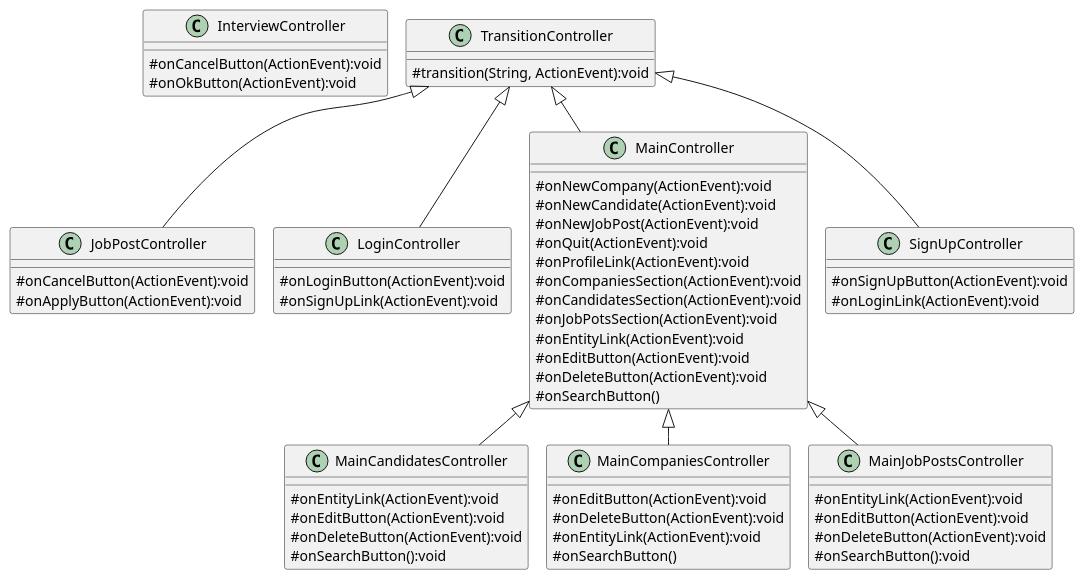
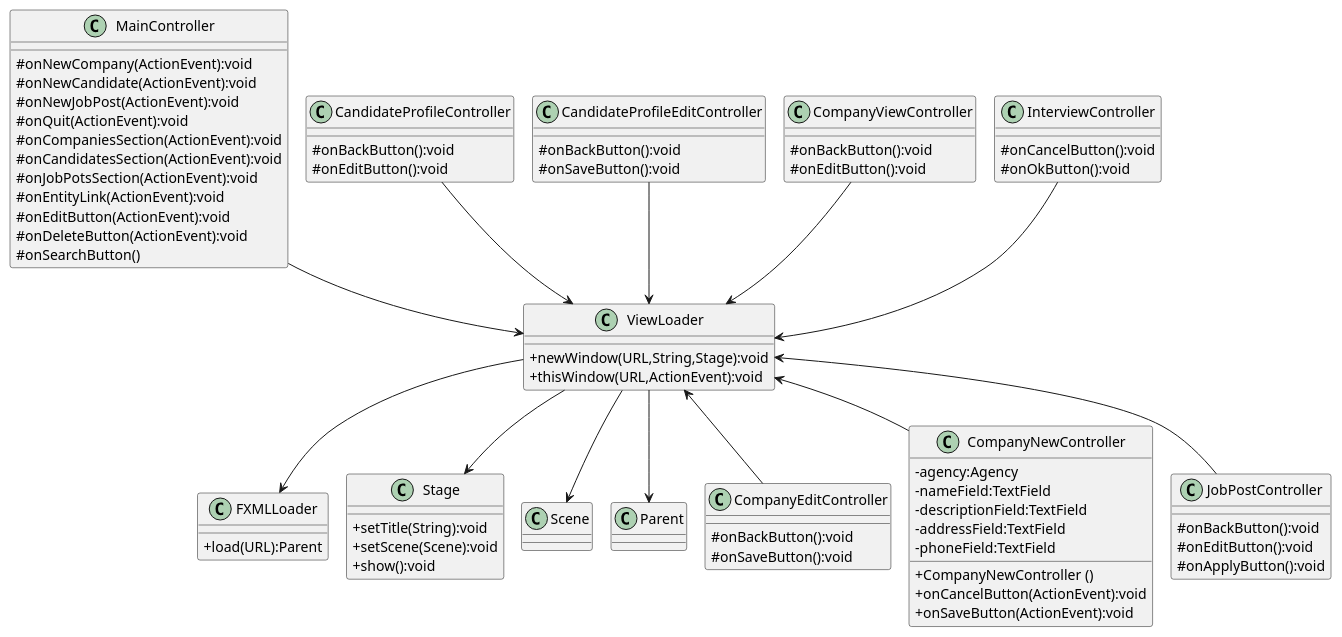
Before and after one commit to VicentGJ/glasswindow: the diagram in src/main/resources/quantity/glasswindow/UML/uml-controller.puml, drawn with PlantUML. The commit also changed 4 other files, not shown here.

```diff
--- a/src/main/resources/quantity/glasswindow/UML/uml-controller.puml
+++ b/src/main/resources/quantity/glasswindow/UML/uml-controller.puml
@@ -1,65 +1,89 @@
 @startuml
 skinparam classAttributeIconSize 0
 !pragma layout smetana
 
-class InterviewController {
-    #onCancelButton(ActionEvent):void
-    #onOkButton(ActionEvent):void
+class ViewLoader{
++newWindow(URL,String,Stage):void
++thisWindow(URL,ActionEvent):void
 }
 
-class JobPostController extends TransitionController{
-    #onCancelButton(ActionEvent):void
-    #onApplyButton(ActionEvent):void
+class FXMLLoader{
++load(URL):Parent
 }
 
-class LoginController extends TransitionController {
-    #onLoginButton(ActionEvent):void
-    #onSignUpLink(ActionEvent):void
+class Stage{
++setTitle(String):void
++setScene(Scene):void
++show():void
 }
 
-class MainCandidatesController extends MainController {
-    #onEntityLink(ActionEvent):void
-    #onEditButton(ActionEvent):void
-    #onDeleteButton(ActionEvent):void
-    #onSearchButton():void
-}
+class Scene{}
+class Parent{}
 
-class MainCompaniesController extends  MainController{
-    #onEditButton(ActionEvent):void
-    #onDeleteButton(ActionEvent):void
-    #onEntityLink(ActionEvent):void
-    #onSearchButton()
-}
-class MainController extends TransitionController{
+class MainController{
     #onNewCompany(ActionEvent):void
     #onNewCandidate(ActionEvent):void
     #onNewJobPost(ActionEvent):void
     #onQuit(ActionEvent):void
-    #onProfileLink(ActionEvent):void
     #onCompaniesSection(ActionEvent):void
     #onCandidatesSection(ActionEvent):void
     #onJobPotsSection(ActionEvent):void
     #onEntityLink(ActionEvent):void
     #onEditButton(ActionEvent):void
     #onDeleteButton(ActionEvent):void
     #onSearchButton()
 }
 
-class SignUpController extends TransitionController{
-    #onSignUpButton(ActionEvent):void
-    #onLoginLink(ActionEvent):void
+class CandidateProfileController{
+#onBackButton():void
+#onEditButton():void
 }
-
-class MainJobPostsController extends MainController {
-    #onEntityLink(ActionEvent):void
-    #onEditButton(ActionEvent):void
-    #onDeleteButton(ActionEvent):void
-    #onSearchButton():void
+class CandidateProfileEditController{
+#onBackButton():void
+#onSaveButton():void
 }
-
-class TransitionController {
-    #transition(String, ActionEvent):void
+class CompanyEditController{
+#onBackButton():void
+#onSaveButton():void
+}
+class CompanyNewController{
+- agency:Agency
+- nameField:TextField
+- descriptionField:TextField
+- addressField:TextField
+- phoneField:TextField
++ CompanyNewController ()
++ onCancelButton(ActionEvent):void
++ onSaveButton(ActionEvent):void
+}
+class CompanyViewController{
+#onBackButton():void
+#onEditButton():void
+}
+class InterviewController {
+#onCancelButton():void
+#onOkButton():void
+}
+class JobPostController{
+#onBackButton():void
+#onEditButton():void
+#onApplyButton():void
 }
 
 
+
+MainController --> ViewLoader
+CandidateProfileController --> ViewLoader
+CandidateProfileEditController --> ViewLoader
+InterviewController --> ViewLoader
+ViewLoader <-- JobPostController
+ViewLoader <-- CompanyNewController
+ViewLoader <-- CompanyEditController
+CompanyViewController --> ViewLoader
+
+ViewLoader --> FXMLLoader
+ViewLoader --> Stage
+ViewLoader --> Scene
+ViewLoader --> Parent
+
 @enduml
```
